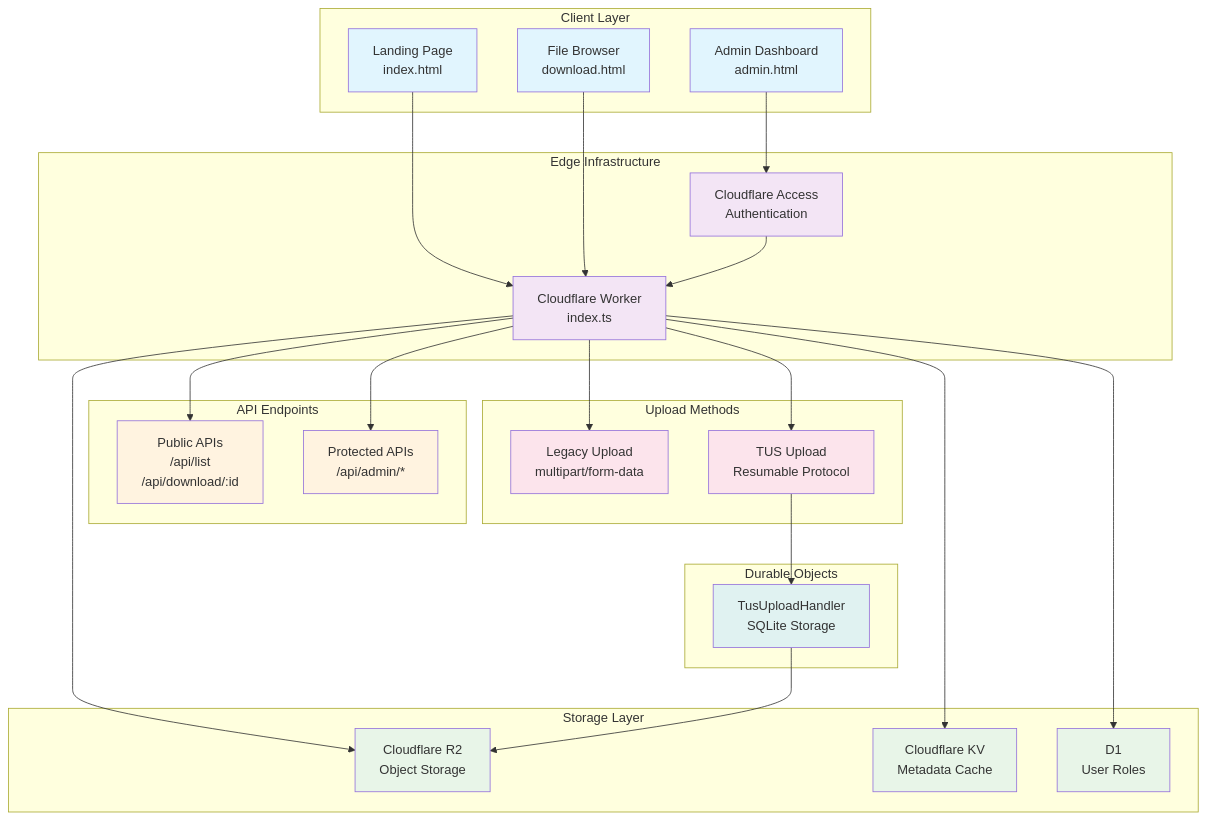
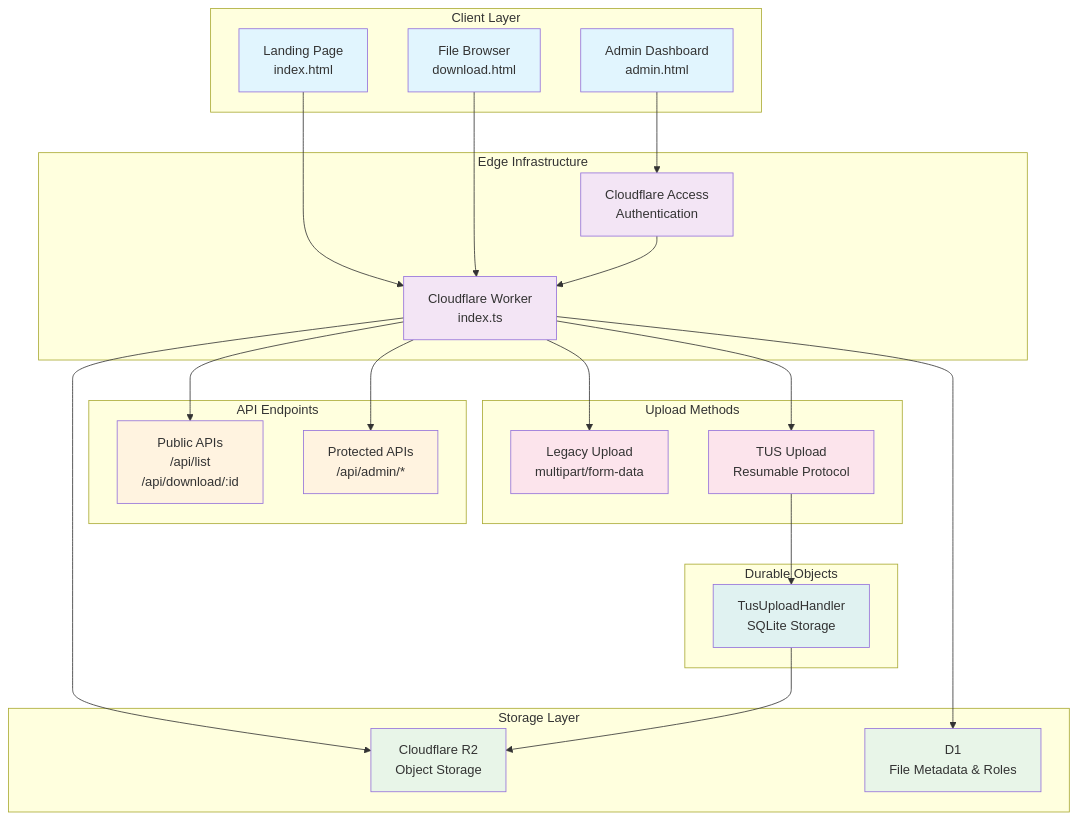
Before and after one commit to DavidJKTofan/cf-file-sharing-platform: the diagram in README.md, drawn with Mermaid. The commit also changed other lines of this file and 17 other files, not shown here.

````diff
--- a/README.md
+++ b/README.md
@@ -29,61 +27,59 @@
 ```mermaid
 graph TB
     subgraph "Client Layer"
         A[Landing Page<br/>index.html]
         B[Admin Dashboard<br/>admin.html]
         C[File Browser<br/>download.html]
     end
 
     subgraph "Edge Infrastructure"
         D[Cloudflare Worker<br/>index.ts]
         E[Cloudflare Access<br/>Authentication]
     end
 
     subgraph "Storage Layer"
         F[Cloudflare R2<br/>Object Storage]
-        G[Cloudflare KV<br/>Metadata Cache]
-        H[D1<br/>User Roles]
+        H[D1<br/>File Metadata & Roles]
     end
 
     subgraph "Durable Objects"
         M[TusUploadHandler<br/>SQLite Storage]
     end
 
     subgraph "API Endpoints"
         I[Public APIs<br/>/api/list<br/>/api/download/:id]
         J[Protected APIs<br/>/api/admin/*]
     end
 
     subgraph "Upload Methods"
         K[Legacy Upload<br/>multipart/form-data]
         L[TUS Upload<br/>Resumable Protocol]
     end
 
     A --> D
     B --> E
     C --> D
     E --> D
     D --> I
     D --> J
     D --> K
     D --> L
     D --> F
-    D --> G
     D --> H
     L --> M
     M --> F
 
     classDef client fill:#e1f5fe
     classDef edge fill:#f3e5f5
     classDef storage fill:#e8f5e8
     classDef api fill:#fff3e0
     classDef upload fill:#fce4ec
     classDef durable fill:#e0f2f1
 
     class A,B,C client
     class D,E edge
-    class F,G,H storage
+    class F,H storage
     class I,J api
     class K,L upload
     class M durable
 ```
````
